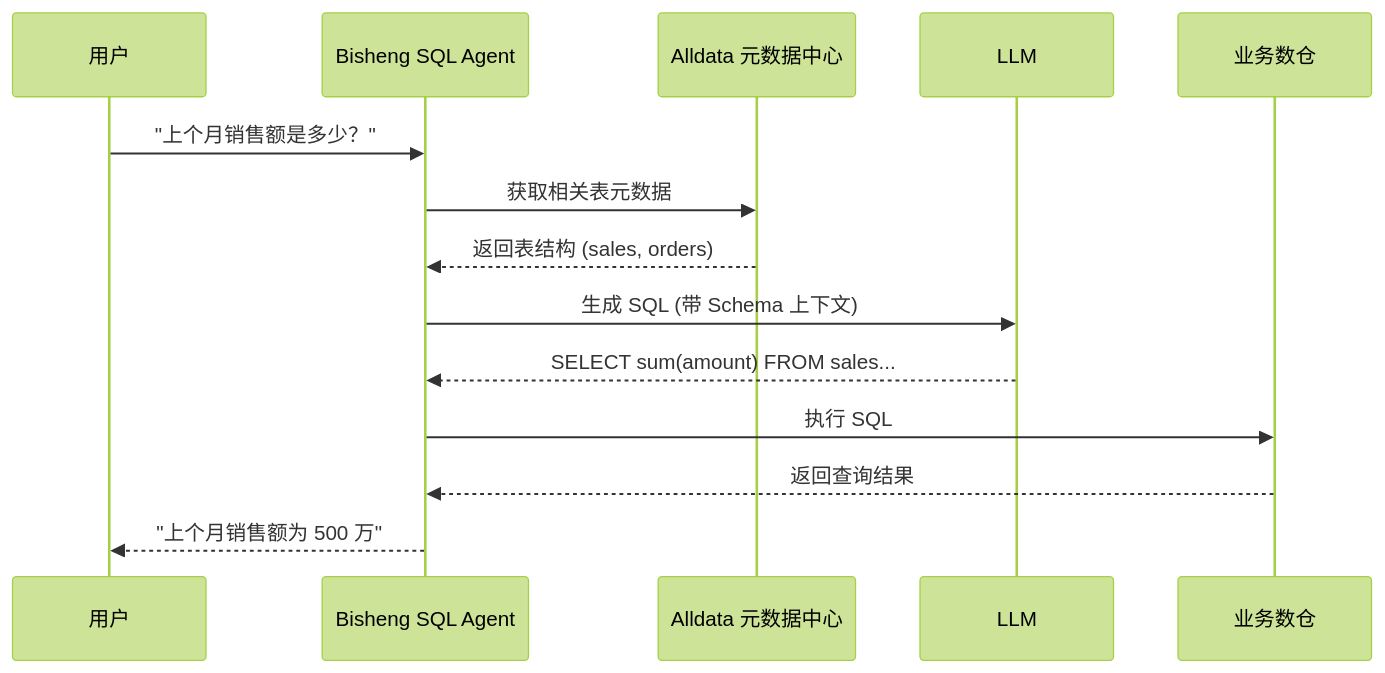
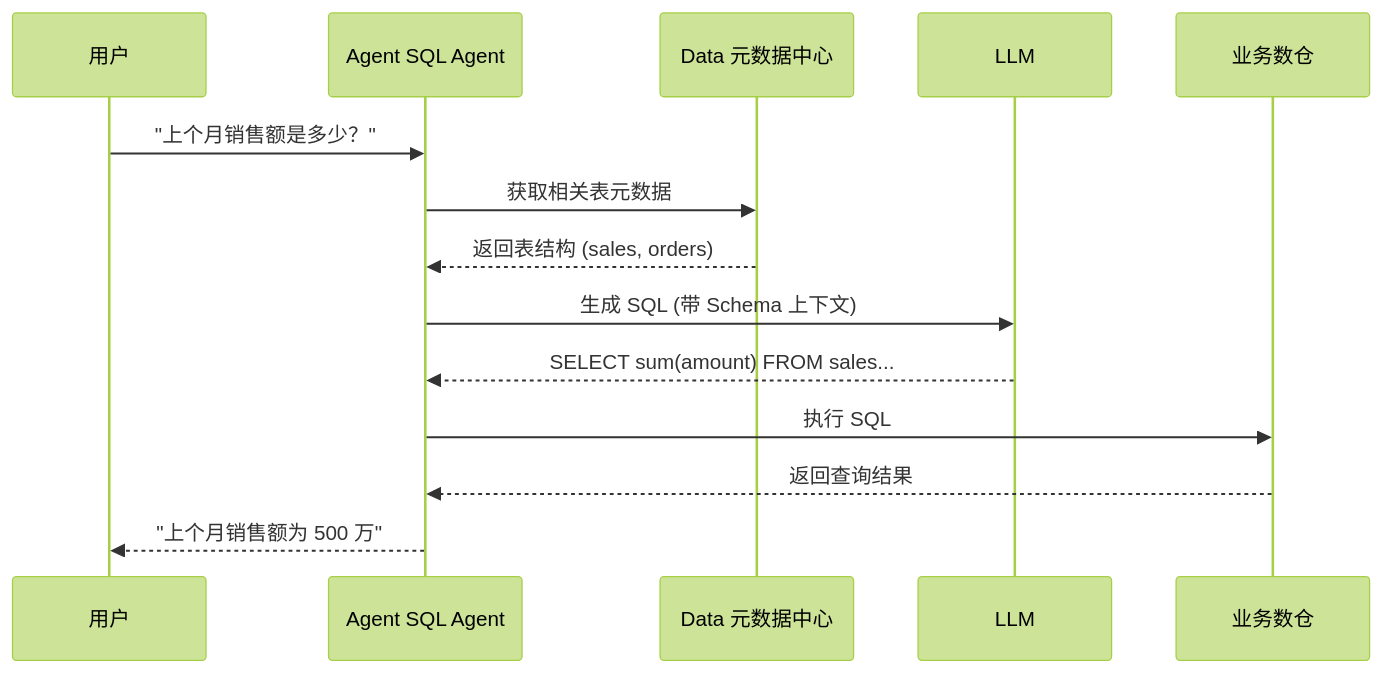
One commit to iannil/one-data-studio changed the first of 3 diagrams in docs/02-integration/data-agent.md. Above: the diagram before and after it, drawn with Mermaid (forest theme). The commit also changed other lines of this file and 58 other files, not shown here.

````diff
--- a/docs/02-integration/data-agent.md
+++ b/docs/02-integration/data-agent.md
@@ -39,17 +39,17 @@
 ```mermaid
 sequenceDiagram
     participant User as 用户
-    participant Bisheng as Bisheng SQL Agent
-    participant Meta as Alldata 元数据中心
+    participant Agent as Agent SQL Agent
+    participant Meta as Data 元数据中心
     participant LLM as LLM
     participant DW as 业务数仓
 
-    User->>Bisheng: "上个月销售额是多少？"
-    Bisheng->>Meta: 获取相关表元数据
-    Meta-->>Bisheng: 返回表结构 (sales, orders)
-    Bisheng->>LLM: 生成 SQL (带 Schema 上下文)
-    LLM-->>Bisheng: SELECT sum(amount) FROM sales...
-    Bisheng->>DW: 执行 SQL
-    DW-->>Bisheng: 返回查询结果
-    Bisheng-->>User: "上个月销售额为 500 万"
+    User->>Agent: "上个月销售额是多少？"
+    Agent->>Meta: 获取相关表元数据
+    Meta-->>Agent: 返回表结构 (sales, orders)
+    Agent->>LLM: 生成 SQL (带 Schema 上下文)
+    LLM-->>Agent: SELECT sum(amount) FROM sales...
+    Agent->>DW: 执行 SQL
+    DW-->>Agent: 返回查询结果
+    Agent-->>User: "上个月销售额为 500 万"
 ```
````
